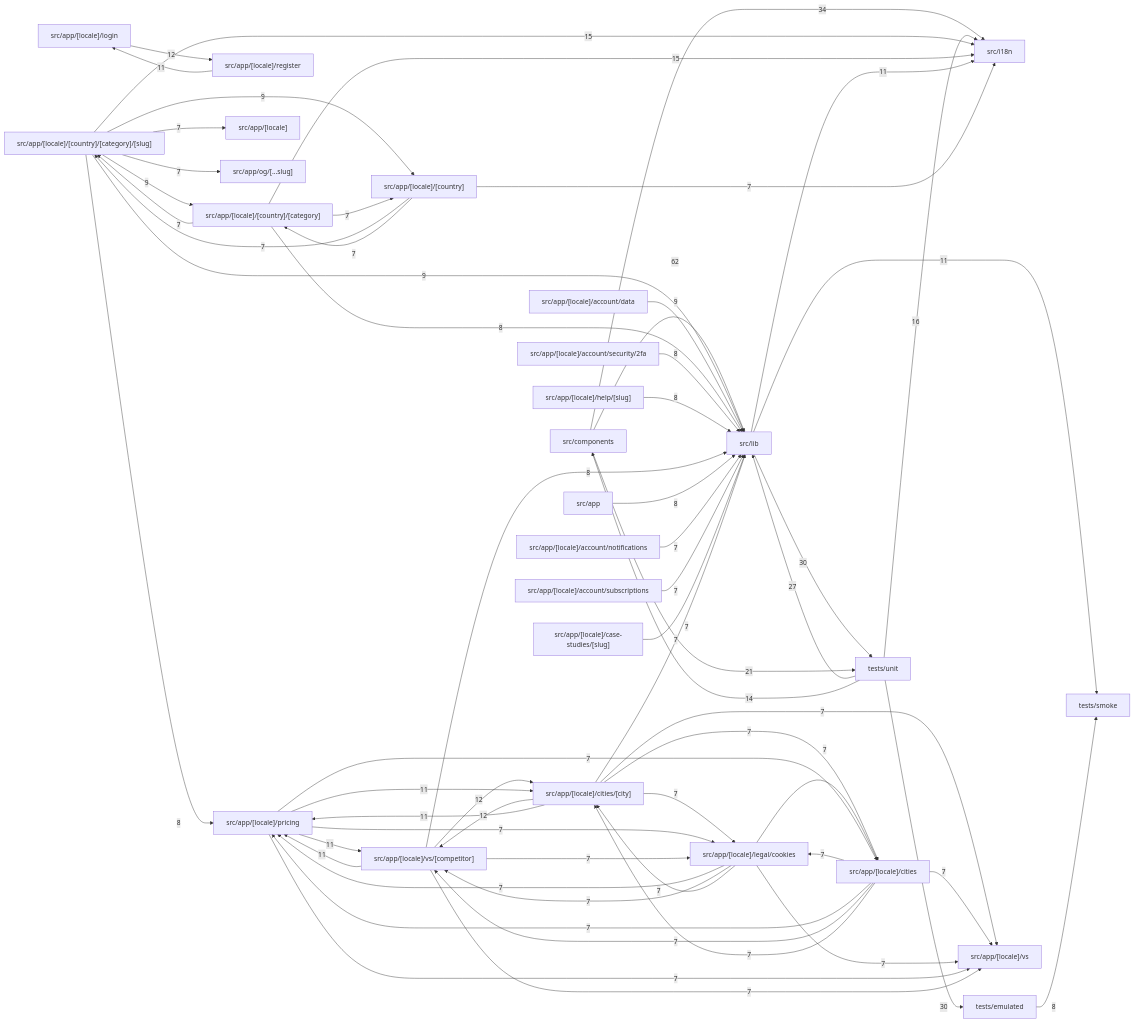
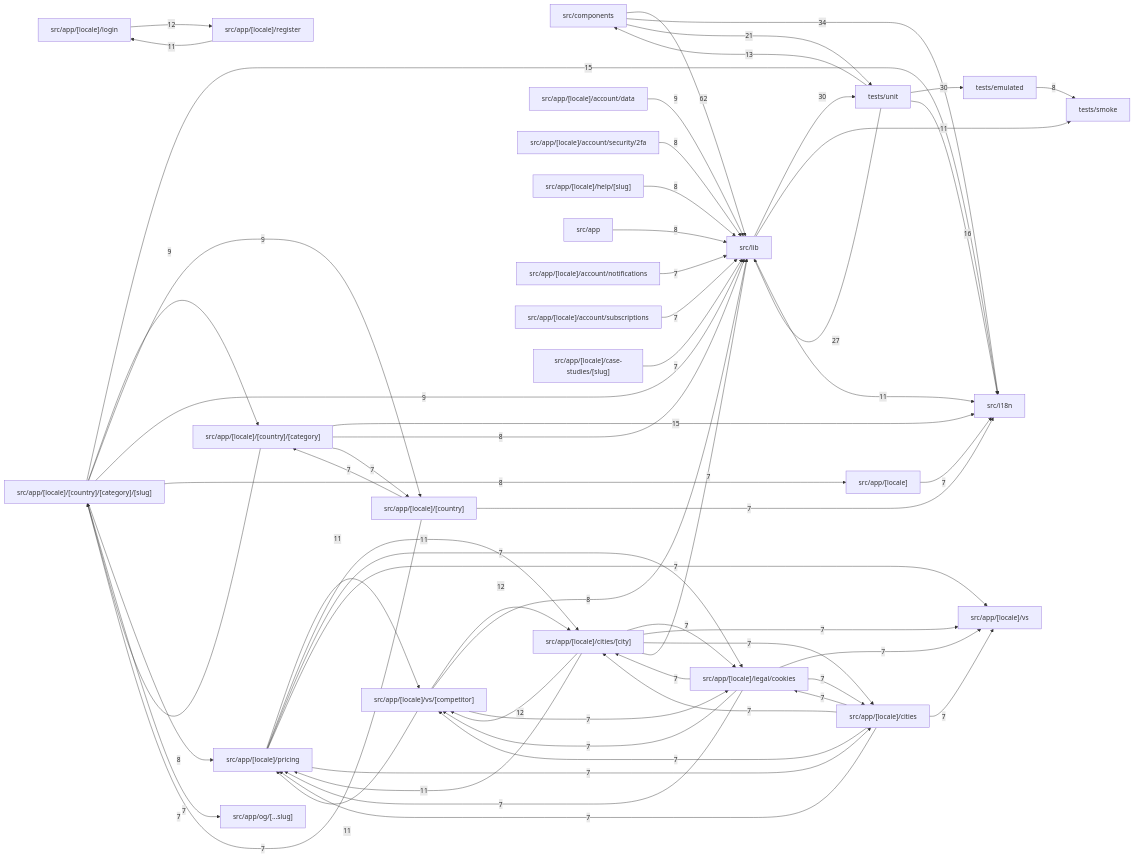
Before and after one commit to Viralefy/viralefy_archive: the diagram in index/INDEX_FUNCTIONS_viralefy_front.md, drawn with Mermaid. The commit also changed other lines of this file and 4 other files, not shown here.

````diff
--- a/index/INDEX_FUNCTIONS_viralefy_front.md
+++ b/index/INDEX_FUNCTIONS_viralefy_front.md
@@ -34,10 +34,10 @@
   m12["tests/smoke"]
   m13["src/app/[locale]/[country]"]
   m14["src/app/[locale]/account/data"]
-  m15["src/app/[locale]/account/security/2fa"]
-  m16["src/app/[locale]/help/[slug]"]
-  m17["src/app"]
-  m18["src/app/[locale]"]
+  m15["src/app/[locale]"]
+  m16["src/app/[locale]/account/security/2fa"]
+  m17["src/app/[locale]/help/[slug]"]
+  m18["src/app"]
   m19["src/app/og/[...slug]"]
   m20["src/app/[locale]/account/notifications"]
   m21["src/app/[locale]/account/subscriptions"]
@@ -54,7 +54,7 @@
   m3 -->|16| m2
   m5 -->|15| m2
   m6 -->|15| m2
-  m3 -->|14| m0
+  m3 -->|13| m0
   m7 -->|12| m8
   m9 -->|12| m10
   m8 -->|12| m7
@@ -69,14 +69,14 @@
   m5 -->|9| m13
   m5 -->|9| m1
   m14 -->|9| m1
+  m5 -->|8| m15
   m5 -->|8| m11
   m6 -->|8| m1
-  m15 -->|8| m1
   m16 -->|8| m1
+  m17 -->|8| m1
   m8 -->|8| m1
-  m17 -->|8| m1
+  m18 -->|8| m1
   m4 -->|8| m12
-  m5 -->|7| m18
   m5 -->|7| m19
   m6 -->|7| m5
   m6 -->|7| m13
@@ -95,6 +95,7 @@
   m25 -->|7| m8
   m25 -->|7| m24
   m25 -->|7| m7
+  m15 -->|7| m2
   m23 -->|7| m11
   m23 -->|7| m8
   m23 -->|7| m24
@@ -104,5 +105,4 @@
   m11 -->|7| m24
   m11 -->|7| m25
   m8 -->|7| m23
-  m8 -->|7| m24
 ```
````
